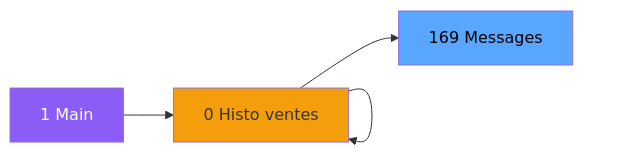
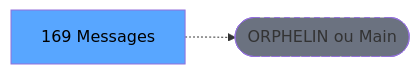
The second of 3 diagrams in .openspec/renders/ADH-IDE-169.md (thonyAGP/lecteur-magic), drawn with Mermaid before and after one commit. The commit also changed other lines of this file and 701 other files, not shown here.

````diff
--- a/.openspec/renders/ADH-IDE-169.md
+++ b/.openspec/renders/ADH-IDE-169.md
@@ -117,23 +123,8 @@
 ```mermaid
 graph LR
-    M[1 Main]
-    N0[0 Histo ventes]
-    N0[0  Print ticke]
-    N0[0 Appel Print ]
-    N0[0 Transaction ]
-    N0[0 Histo ventes]
     T[169 Messages]
-    M --> N0
-    N0 --> N0
-    N0 --> N0
-    N0 --> N0
-    N0 --> N0
-    N0 --> T
-    style M fill:#8b5cf6,color:#fff
-    style N0 fill:#f59e0b
-    style N0 fill:#f59e0b
-    style N0 fill:#f59e0b
-    style N0 fill:#f59e0b
-    style N0 fill:#f59e0b
+    ORPHAN([ORPHELIN ou Main])
+    T -.-> ORPHAN
     style T fill:#58a6ff,color:#000
+    style ORPHAN fill:#6b7280,stroke-dasharray: 5 5
 ```
````
